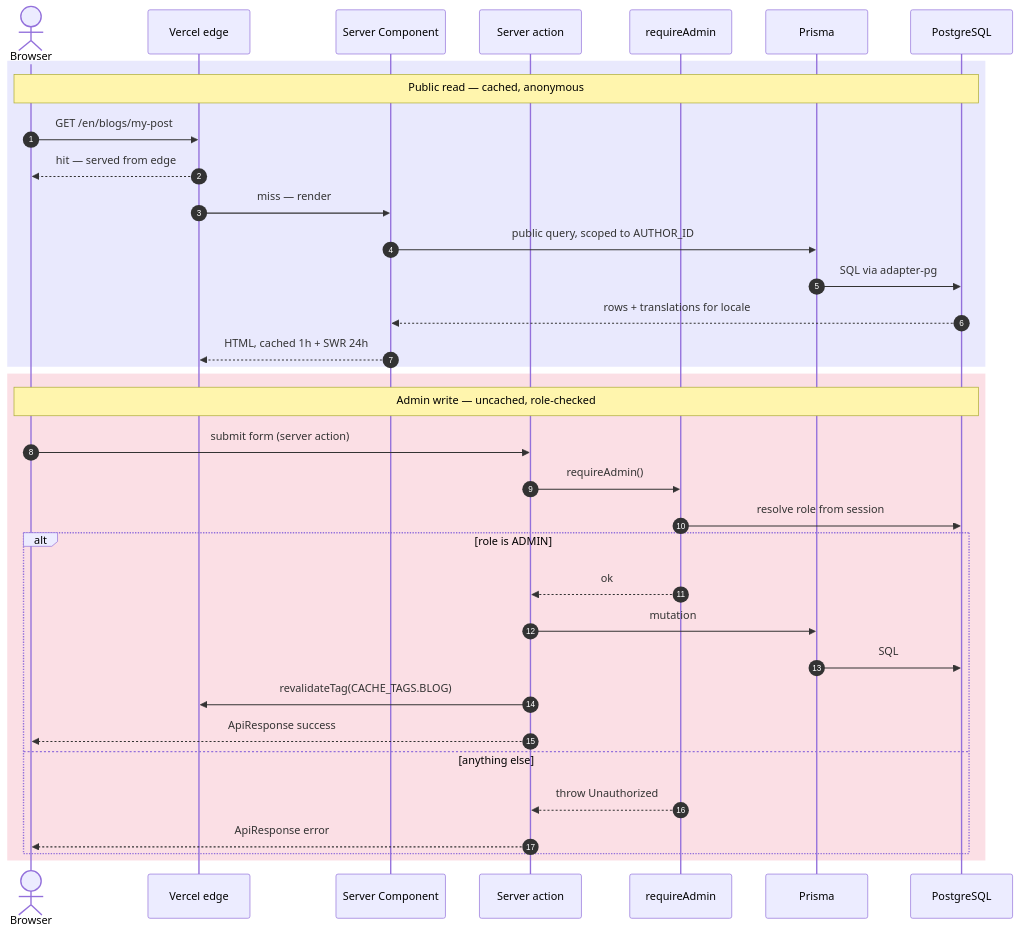
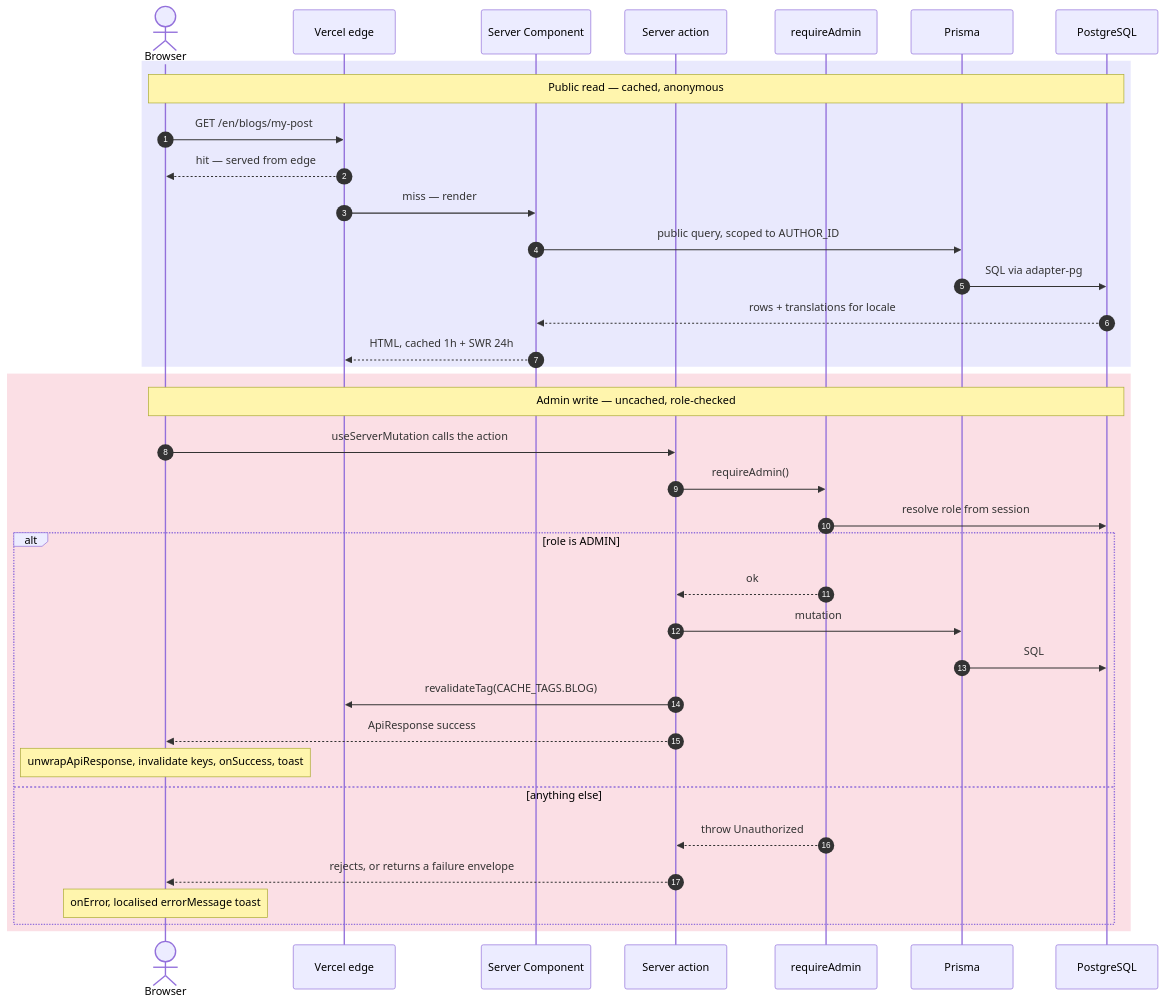
Before and after one commit to lthphuw/byte-of-me: the fourth of 8 diagrams in docs/architecture.md, drawn with Mermaid. The commit also changed other lines of this file and 8 other files, not shown here.

````diff
--- a/docs/architecture.md
+++ b/docs/architecture.md
@@ -181,39 +181,41 @@
 ```mermaid
 sequenceDiagram
     autonumber
     actor U as Browser
     participant CDN as Vercel edge
     participant RSC as Server Component
     participant SA as Server action
     participant G as requireAdmin
     participant P as Prisma
     participant DB as PostgreSQL
 
     rect rgba(99, 102, 241, 0.14)
     Note over U,DB: Public read — cached, anonymous
     U->>CDN: GET /en/blogs/my-post
     CDN-->>U: hit — served from edge
     CDN->>RSC: miss — render
     RSC->>P: public query, scoped to AUTHOR_ID
     P->>DB: SQL via adapter-pg
     DB-->>RSC: rows + translations for locale
     RSC-->>CDN: HTML, cached 1h + SWR 24h
     end
 
     rect rgba(225, 29, 72, 0.14)
     Note over U,DB: Admin write — uncached, role-checked
-    U->>SA: submit form (server action)
+    U->>SA: useServerMutation calls the action
     SA->>G: requireAdmin()
     G->>DB: resolve role from session
     alt role is ADMIN
         G-->>SA: ok
         SA->>P: mutation
         P->>DB: SQL
         SA->>CDN: revalidateTag(CACHE_TAGS.BLOG)
         SA-->>U: ApiResponse success
+        Note over U: unwrapApiResponse, invalidate keys, onSuccess, toast
     else anything else
         G-->>SA: throw Unauthorized
-        SA-->>U: ApiResponse error
+        SA-->>U: rejects, or returns a failure envelope
+        Note over U: onError, localised errorMessage toast
     end
     end
 ```
````
